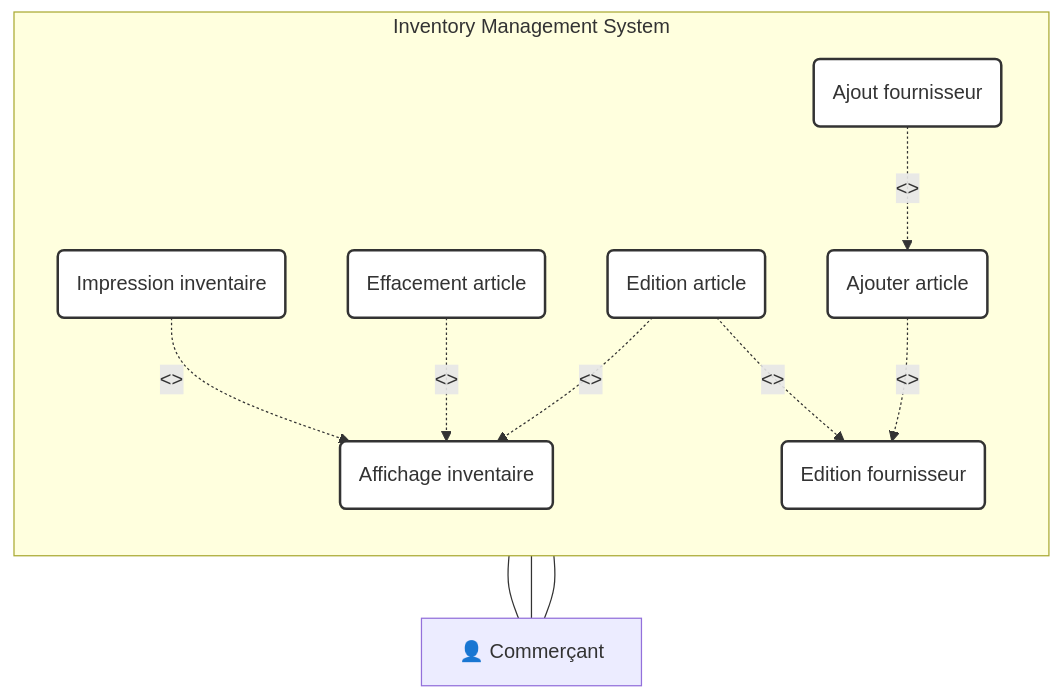
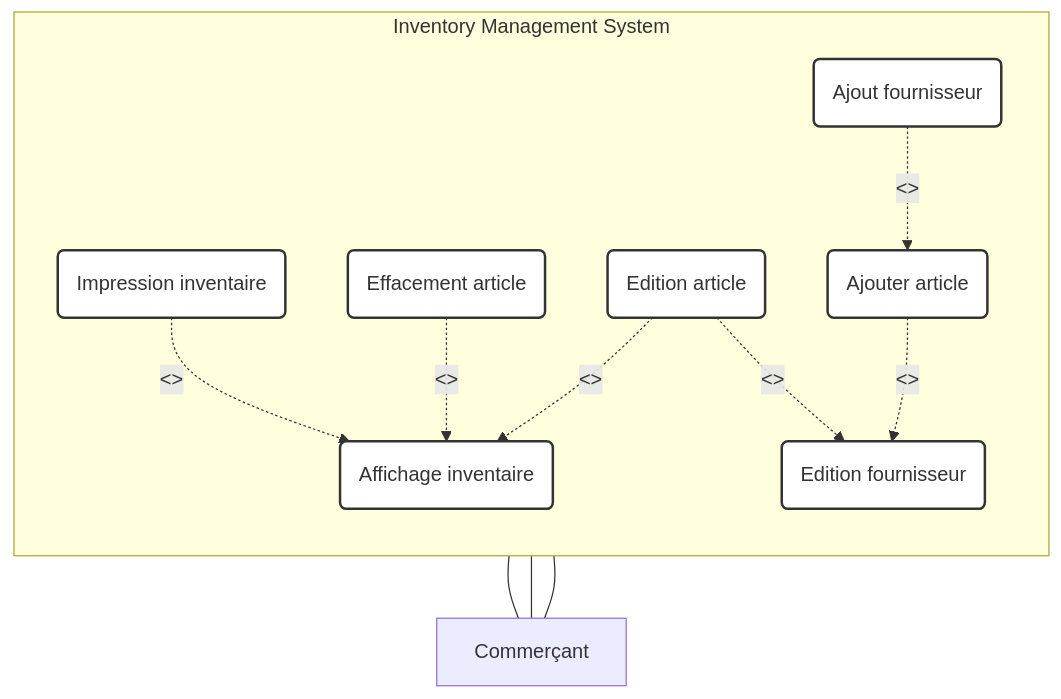
One commit to Vtheonly/Obsidian_Notes changed the sixth of 34 diagrams in Master 1/S2/Advanced Code Patterns/Chapter 1.1: Use Case Diagram/00100 Excercise.md. Above: the diagram before and after it, drawn with Mermaid. The commit also changed other lines of this file and 3934 other files, not shown here.

````diff
--- a/Master 1/S2/Advanced Code Patterns/Chapter 1.1: Use Case Diagram/00100 Excercise.md
+++ b/Master 1/S2/Advanced Code Patterns/Chapter 1.1: Use Case Diagram/00100 Excercise.md
@@ -355,33 +355,33 @@
 ```mermaid
 graph BT
     subgraph Inventory Management System
         direction TB
         UC_Display(Affichage inventaire)
         UC_PrintInv(Impression inventaire)
         UC_DelItem(Effacement article)
         UC_EditItem(Edition article)
         UC_EditSupplier(Edition fournisseur)
         UC_AddItem(Ajouter article)
         UC_AddSupplier(Ajout fournisseur)
         
         UC_PrintInv -.->|<<extend>>| UC_Display
         UC_DelItem -.->|<<extend>>| UC_Display
         UC_EditItem -.->|<<extend>>| UC_Display
         
         UC_EditItem -.->|<<extend>>| UC_EditSupplier
         UC_AddItem -.->|<<include>>| UC_EditSupplier
         UC_AddSupplier -.->|<<extend>>| UC_AddItem
     end
     
-    A_Merchant["👤 Commerçant"] --- UC_Display
+    A_Merchant[" Commerçant"] --- UC_Display
     A_Merchant --- UC_EditSupplier
     A_Merchant --- UC_AddItem
     
     style UC_Display fill:#fff,stroke:#333,stroke-width:2px;
     style UC_PrintInv fill:#fff,stroke:#333,stroke-width:2px;
     style UC_DelItem fill:#fff,stroke:#333,stroke-width:2px;
     style UC_EditItem fill:#fff,stroke:#333,stroke-width:2px;
     style UC_EditSupplier fill:#fff,stroke:#333,stroke-width:2px;
     style UC_AddItem fill:#fff,stroke:#333,stroke-width:2px;
     style UC_AddSupplier fill:#fff,stroke:#333,stroke-width:2px;
 ```
````
